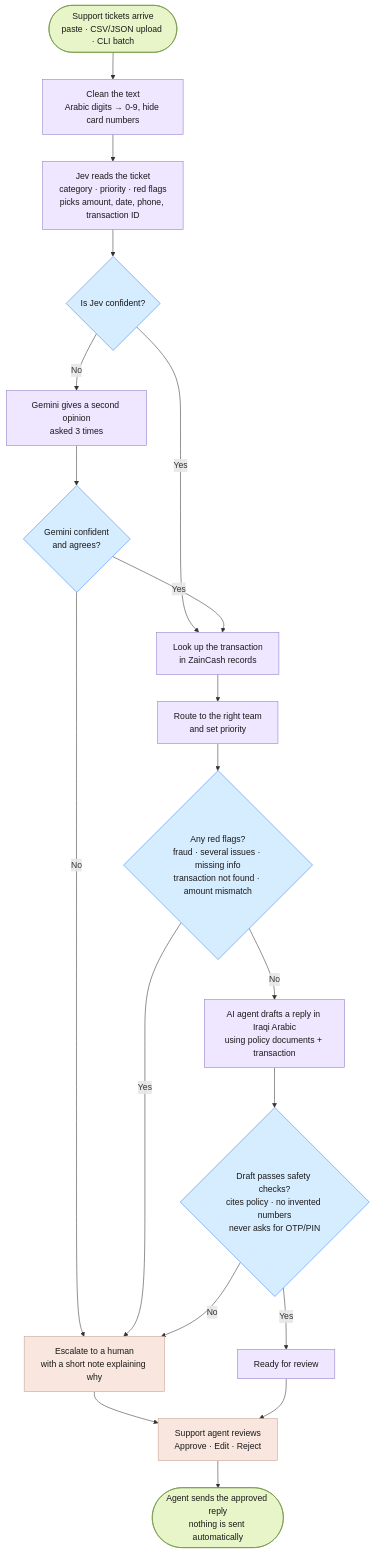
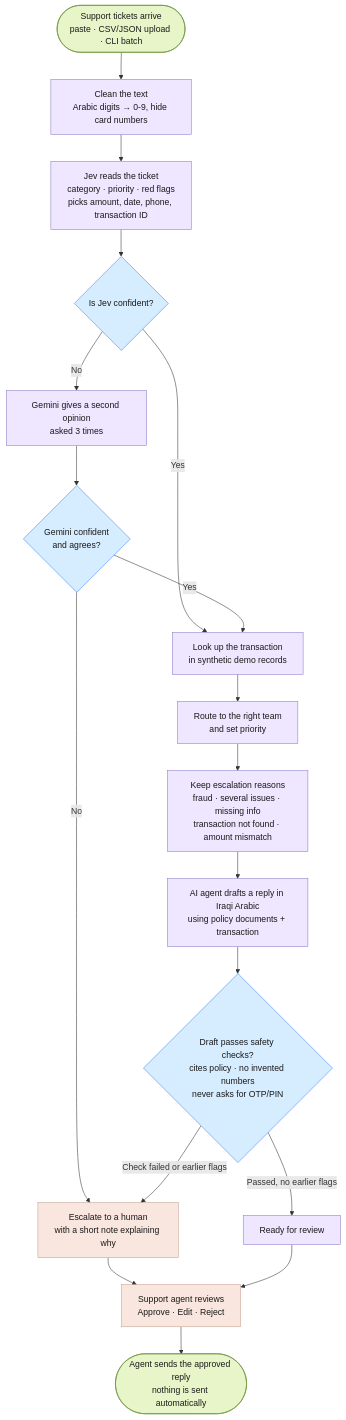
The diagram in README.md (SaifAlmaliki/zaincash-customer-support-agent), drawn with Mermaid before and after one commit. The commit also changed other lines of this file and 36 other files, not shown here.

````diff
--- a/README.md
+++ b/README.md
@@ -9,44 +9,43 @@
 ```mermaid
 flowchart TD
     %% Nodes (declared first so every box shows its label)
     A([Support tickets arrive<br/>paste · CSV/JSON upload · CLI batch])
     B[Clean the text<br/>Arabic digits → 0-9, hide card numbers]
     C[Jev reads the ticket<br/>category · priority · red flags<br/>picks amount, date, phone, transaction ID]
     D{Is Jev confident?}
     E[Gemini gives a second opinion<br/>asked 3 times]
     F{Gemini confident<br/>and agrees?}
-    G[Look up the transaction<br/>in ZainCash records]
+    G[Look up the transaction<br/>in synthetic demo records]
     H[Route to the right team<br/>and set priority]
-    I{Any red flags?<br/>fraud · several issues · missing info<br/>transaction not found · amount mismatch}
+    I[Keep escalation reasons<br/>fraud · several issues · missing info<br/>transaction not found · amount mismatch]
     J[AI agent drafts a reply in Iraqi Arabic<br/>using policy documents + transaction]
     K{Draft passes safety checks?<br/>cites policy · no invented numbers<br/>never asks for OTP/PIN}
     R[Ready for review]
     X[Escalate to a human<br/>with a short note explaining why]
     Q[Support agent reviews<br/>Approve · Edit · Reject]
     Z([Agent sends the approved reply<br/>nothing is sent automatically])
 
     %% Flow
     A --> B --> C --> D
     D -- Yes --> G
     D -- No --> E --> F
     F -- Yes --> G
     F -- No --> X
     G --> H --> I
-    I -- Yes --> X
-    I -- No --> J --> K
-    K -- No --> X
-    K -- Yes --> R
+    I --> J --> K
+    K -- Check failed or earlier flags --> X
+    K -- Passed, no earlier flags --> R
     X --> Q
     R --> Q
     Q --> Z
 
     classDef terminal fill:#e8f5c8,stroke:#6b8f3c,color:#1a1a1a
     classDef decision fill:#d6ecff,stroke:#3b82f6,color:#1a1a1a
     classDef action fill:#efe6ff,stroke:#8b7cc9,color:#1a1a1a
     classDef escalate fill:#f8e6df,stroke:#c4a090,color:#1a1a1a
 
     class A,Z terminal
-    class D,F,I,K decision
-    class B,C,E,G,H,J,R action
+    class D,F,K decision
+    class B,C,E,G,H,I,J,R action
     class X,Q escalate
 ```
````
